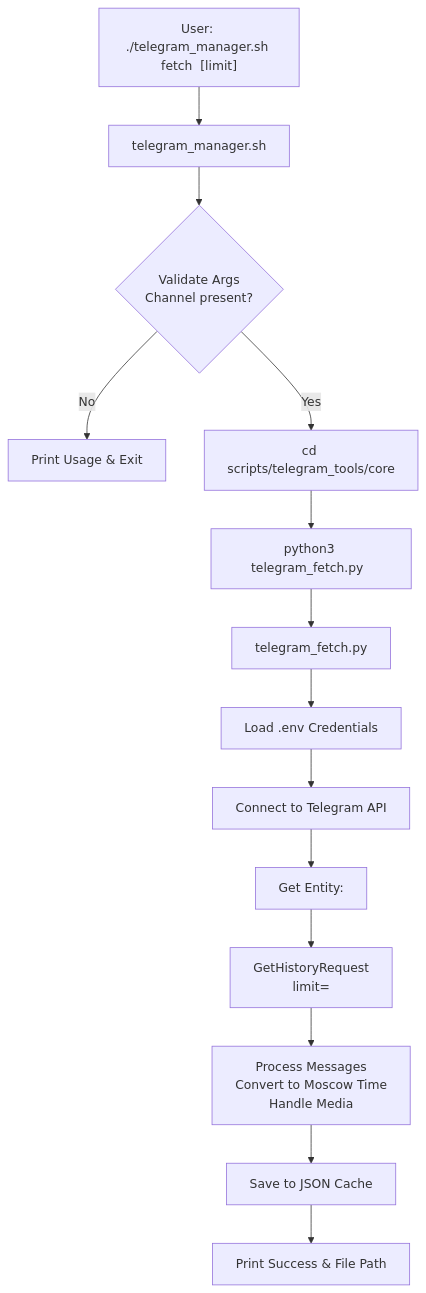
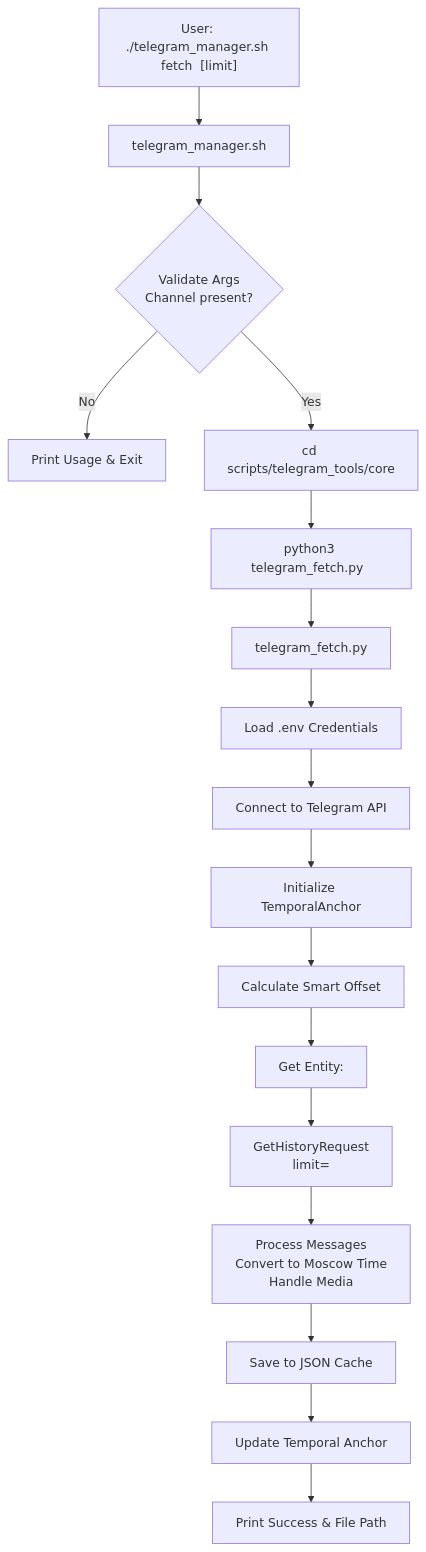
The diagram in .qoder/repowiki/en/content/Command Reference/Fetch Command.md (almazom/MCP-Fallback-Scripts), drawn with Mermaid before and after one commit. The commit also changed other lines of this file and 44 other files, not shown here.

````diff
--- a/.qoder/repowiki/en/content/Command Reference/Fetch Command.md
+++ b/.qoder/repowiki/en/content/Command Reference/Fetch Command.md
@@ -37,16 +47,19 @@
 ```mermaid
 flowchart TD
 A["User: ./telegram_manager.sh fetch <channel> [limit]"] --> B["telegram_manager.sh"]
 B --> C{"Validate Args<br>Channel present?"}
 C --> |No| D["Print Usage & Exit"]
 C --> |Yes| E["cd scripts/telegram_tools/core"]
 E --> F["python3 telegram_fetch.py <channel> <limit>"]
 F --> G["telegram_fetch.py"]
 G --> H["Load .env Credentials"]
 H --> I["Connect to Telegram API"]
-I --> J["Get Entity: <channel>"]
-J --> K["GetHistoryRequest<br>limit=<limit>"]
-K --> L["Process Messages<br>Convert to Moscow Time<br>Handle Media"]
-L --> M["Save to JSON Cache"]
-M --> N["Print Success & File Path"]
+I --> J["Initialize TemporalAnchor"]
+J --> K["Calculate Smart Offset"]
+K --> L["Get Entity: <channel>"]
+L --> M["GetHistoryRequest<br>limit=<limit>"]
+M --> N["Process Messages<br>Convert to Moscow Time<br>Handle Media"]
+N --> O["Save to JSON Cache"]
+O --> P["Update Temporal Anchor"]
+P --> Q["Print Success & File Path"]
 ```
````
